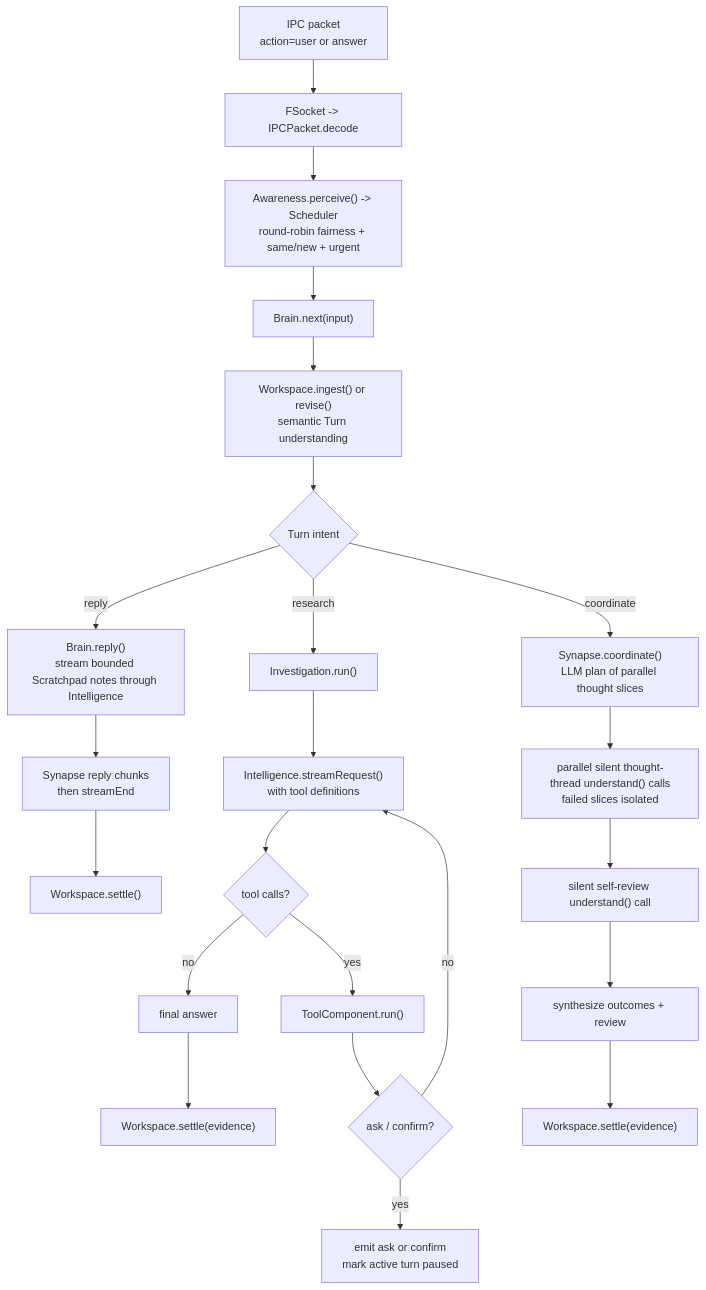
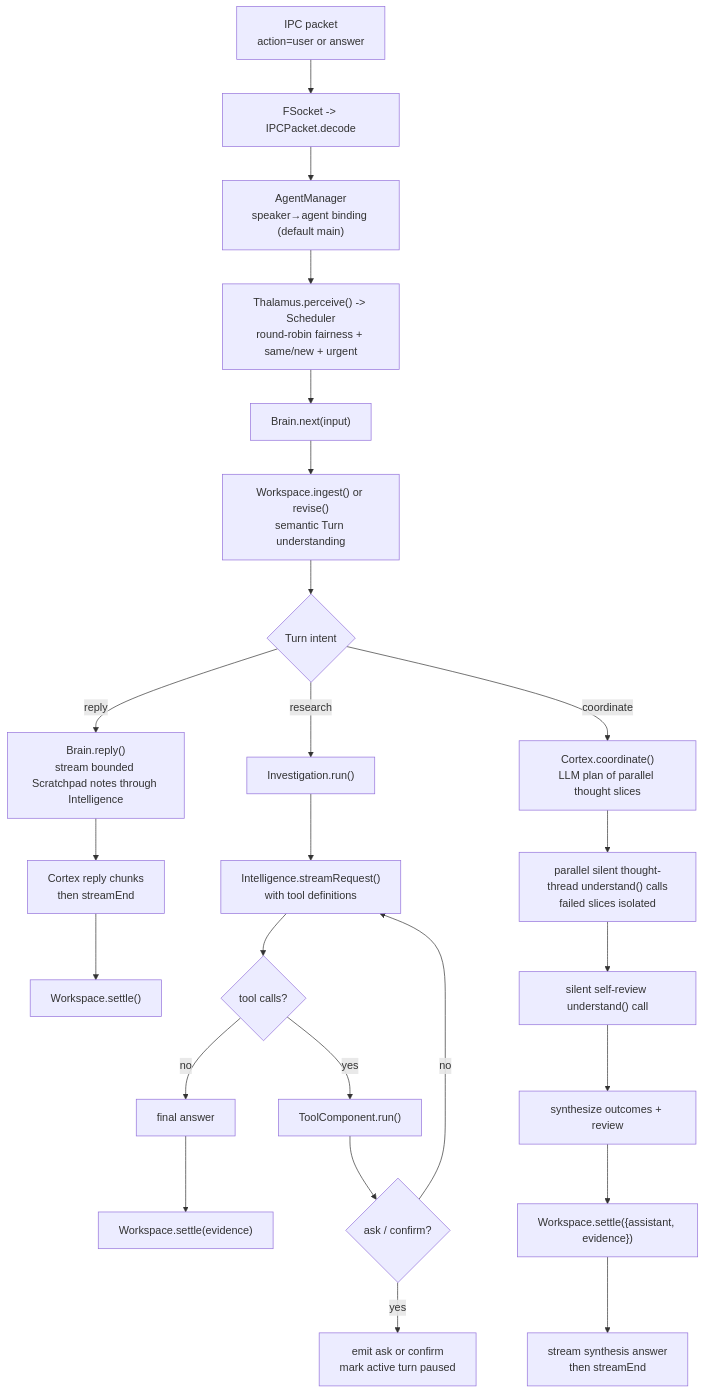
Before and after one commit to flyflor/flyflor: the fourth of 4 diagrams in README.md, drawn with Mermaid. The commit also changed other lines of this file and 65 other files, not shown here.

````diff
--- a/README.md
+++ b/README.md
@@ -75,28 +94,30 @@
 ```mermaid
 flowchart TD
     User["IPC packet<br/>action=user or answer"] --> Decode["FSocket -> IPCPacket.decode"]
-    Decode --> Gate["Awareness.perceive() -> Scheduler<br/>round-robin fairness + same/new + urgent"]
+    Decode --> Route["AgentManager<br/>speaker→agent binding (default main)"]
+    Route --> Gate["Thalamus.perceive() -> Scheduler<br/>round-robin fairness + same/new + urgent"]
     Gate --> AgentNext["Brain.next(input)"]
     AgentNext --> Ingest["Workspace.ingest() or revise()<br/>semantic Turn understanding"]
 
     Ingest --> Choice{"Turn intent"}
     Choice -- reply --> Reply["Brain.reply()<br/>stream bounded Scratchpad notes through Intelligence"]
-    Reply --> ReplyOut["Synapse reply chunks<br/>then streamEnd"]
+    Reply --> ReplyOut["Cortex reply chunks<br/>then streamEnd"]
     ReplyOut --> Settle1["Workspace.settle()"]
 
     Choice -- research --> Research["Investigation.run()"]
     Research --> LlmTools["Intelligence.streamRequest()<br/>with tool definitions"]
     LlmTools --> HasAction{"tool calls?"}
     HasAction -- no --> FinalAnswer["final answer"]
     HasAction -- yes --> RunTool["ToolComponent.run()"]
     RunTool --> Pause{"ask / confirm?"}
     Pause -- yes --> UserPause["emit ask or confirm<br/>mark active turn paused"]
     Pause -- no --> LlmTools
     FinalAnswer --> Settle2["Workspace.settle(evidence)"]
 
-    Choice -- coordinate --> Coordinate["Synapse.coordinate()<br/>LLM plan of parallel thought slices"]
+    Choice -- coordinate --> Coordinate["Cortex.coordinate()<br/>LLM plan of parallel thought slices"]
     Coordinate --> Workers["parallel silent thought-thread understand() calls<br/>failed slices isolated"]
     Workers --> Review["silent self-review understand() call"]
     Review --> Synthesis["synthesize outcomes + review"]
-    Synthesis --> Settle4["Workspace.settle(evidence)"]
+    Synthesis --> Settle4["Workspace.settle({assistant, evidence})"]
+    Settle4 --> CoordOut["stream synthesis answer<br/>then streamEnd"]
 ```
````
